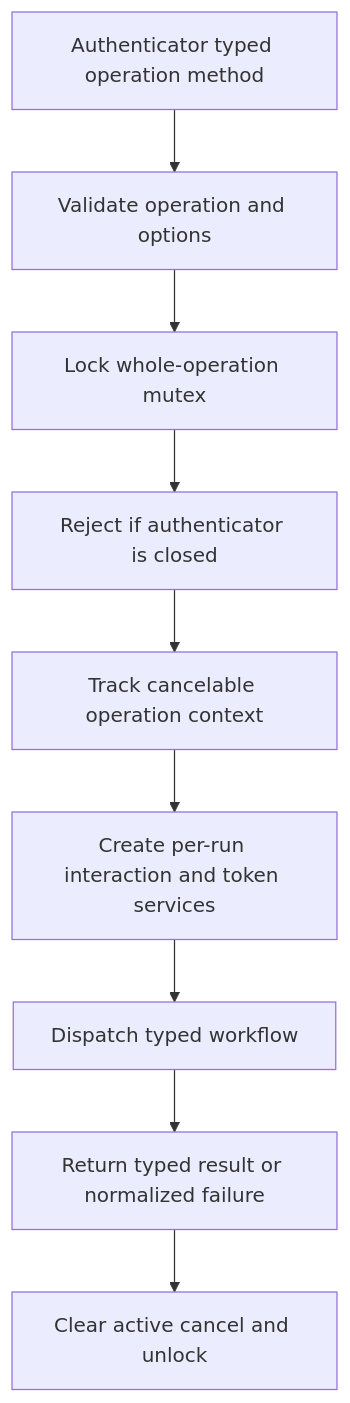
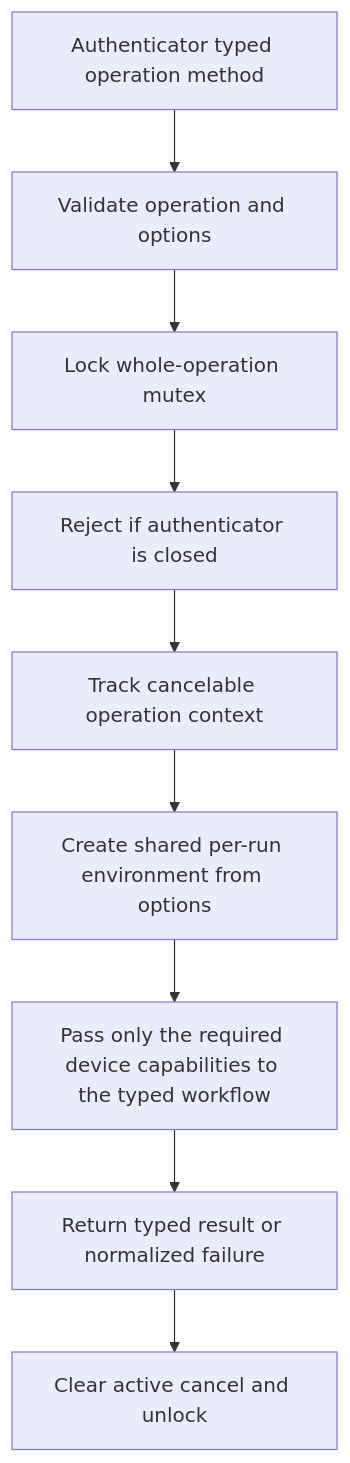
The second of 4 diagrams in docs/current-runtime-flows.md (go-ctap/kit), drawn with Mermaid before and after one commit. The commit also changed other lines of this file and 82 other files, not shown here.

````diff
--- a/docs/current-runtime-flows.md
+++ b/docs/current-runtime-flows.md
@@ -57,11 +57,11 @@
 ```mermaid
 flowchart TD
   A["Authenticator typed operation method"] --> B["Validate operation and options"]
   B --> C["Lock whole-operation mutex"]
   C --> D["Reject if authenticator is closed"]
   D --> E["Track cancelable operation context"]
-  E --> F["Create per-run interaction and token services"]
-  F --> G["Dispatch typed workflow"]
+  E --> F["Create shared per-run environment from options"]
+  F --> G["Pass only the required device capabilities to the typed workflow"]
   G --> H["Return typed result or normalized failure"]
   H --> I["Clear active cancel and unlock"]
 ```
````
